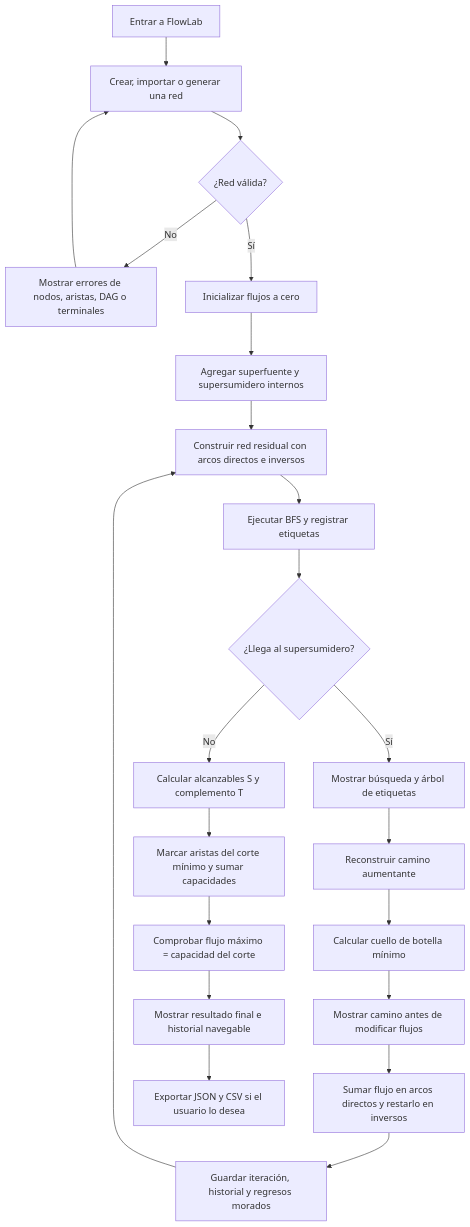
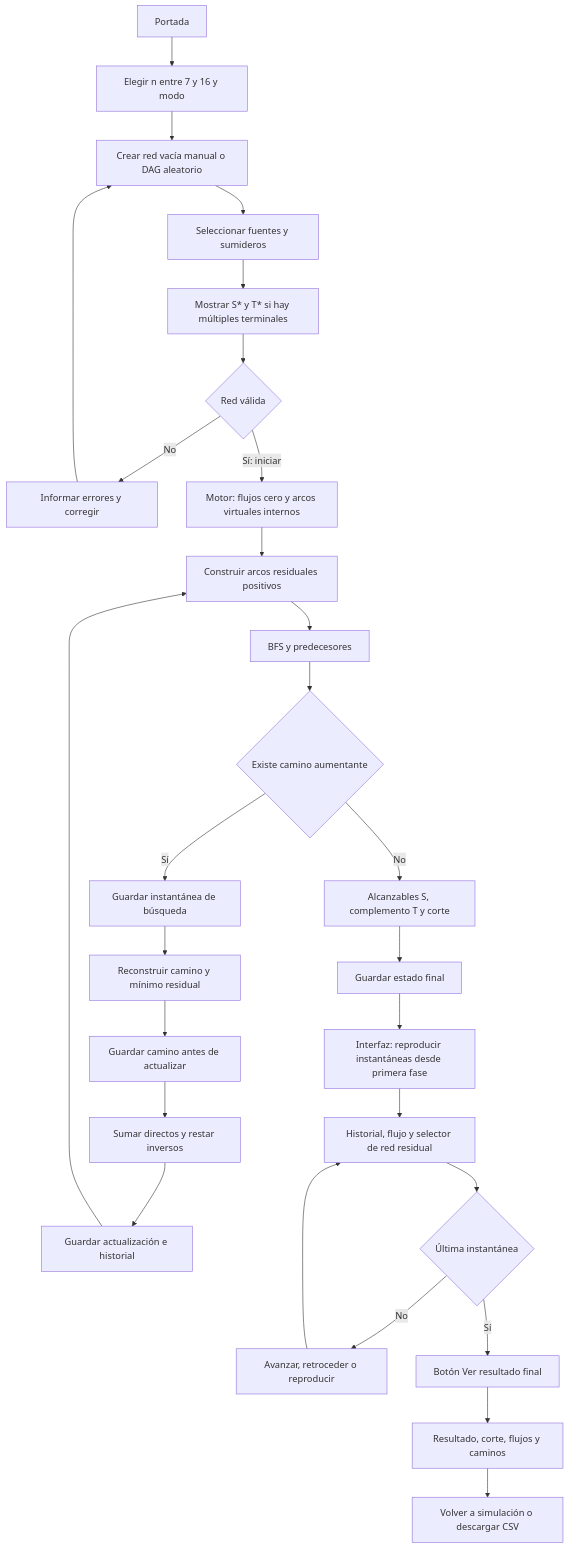
The diagram in docs/DIAGRAMA-DE-FLUJO.md (Hhonorattoo/proyecto-de-mate-computacional-version-web), drawn with Mermaid before and after one commit. The commit also changed other lines of this file and 16 other files, not shown here.

Commit message:
Flow Fulkerson 1.0: Paytone One definitiva, red residual completa y posiciones persistentes

````diff
--- a/docs/DIAGRAMA-DE-FLUJO.md
+++ b/docs/DIAGRAMA-DE-FLUJO.md
@@ -5,24 +5,30 @@
 ```mermaid
 flowchart TD
-    A[Entrar a FlowLab] --> B[Crear, importar o generar una red]
-    B --> C{¿Red válida?}
-    C -- No --> D[Mostrar errores de nodos, aristas, DAG o terminales]
-    D --> B
-    C -- Sí --> E[Inicializar flujos a cero]
-    E --> F[Agregar superfuente y supersumidero internos]
-    F --> G[Construir red residual con arcos directos e inversos]
-    G --> H[Ejecutar BFS y registrar etiquetas]
-    H --> I{¿Llega al supersumidero?}
-    I -- Sí --> J[Mostrar búsqueda y árbol de etiquetas]
-    J --> K[Reconstruir camino aumentante]
-    K --> L[Calcular cuello de botella mínimo]
-    L --> M[Mostrar camino antes de modificar flujos]
-    M --> N[Sumar flujo en arcos directos y restarlo en inversos]
-    N --> O[Guardar iteración, historial y regresos morados]
-    O --> G
-    I -- No --> P[Calcular alcanzables S y complemento T]
-    P --> Q[Marcar aristas del corte mínimo y sumar capacidades]
-    Q --> R[Comprobar flujo máximo = capacidad del corte]
-    R --> S[Mostrar resultado final e historial navegable]
-    S --> T[Exportar JSON y CSV si el usuario lo desea]
+    A[Portada] --> B[Elegir n entre 7 y 16 y modo]
+    B --> C[Crear red vacía manual o DAG aleatorio]
+    C --> D[Seleccionar fuentes y sumideros]
+    D --> E[Mostrar S* y T* si hay múltiples terminales]
+    E --> F{Red válida}
+    F -- No --> G[Informar errores y corregir]
+    G --> C
+    F -- Sí: iniciar --> H[Motor: flujos cero y arcos virtuales internos]
+    H --> I[Construir arcos residuales positivos]
+    I --> J[BFS y predecesores]
+    J --> K{Existe camino aumentante}
+    K -- Sí --> L[Guardar instantánea de búsqueda]
+    L --> M[Reconstruir camino y mínimo residual]
+    M --> N[Guardar camino antes de actualizar]
+    N --> O[Sumar directos y restar inversos]
+    O --> P[Guardar actualización e historial]
+    P --> I
+    K -- No --> Q[Alcanzables S, complemento T y corte]
+    Q --> R[Guardar estado final]
+    R --> U[Interfaz: reproducir instantáneas desde primera fase]
+    U --> V[Historial, flujo y selector de red residual]
+    V --> W{Última instantánea}
+    W -- No --> X[Avanzar, retroceder o reproducir]
+    X --> V
+    W -- Sí --> Y[Botón Ver resultado final]
+    Y --> Z[Resultado, corte, flujos y caminos]
+    Z --> AA[Volver a simulación o descargar CSV]
 ```
````
